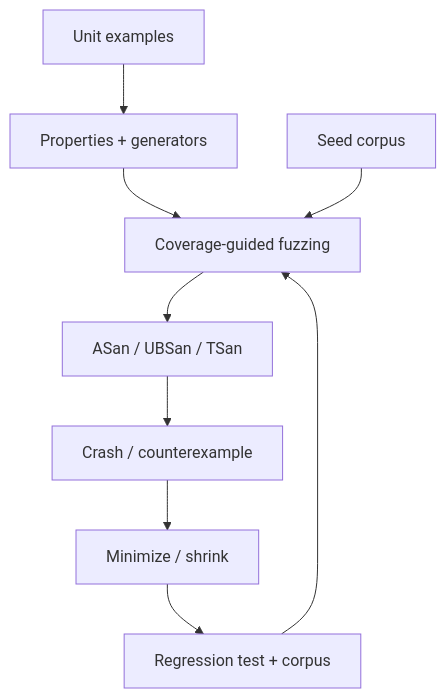
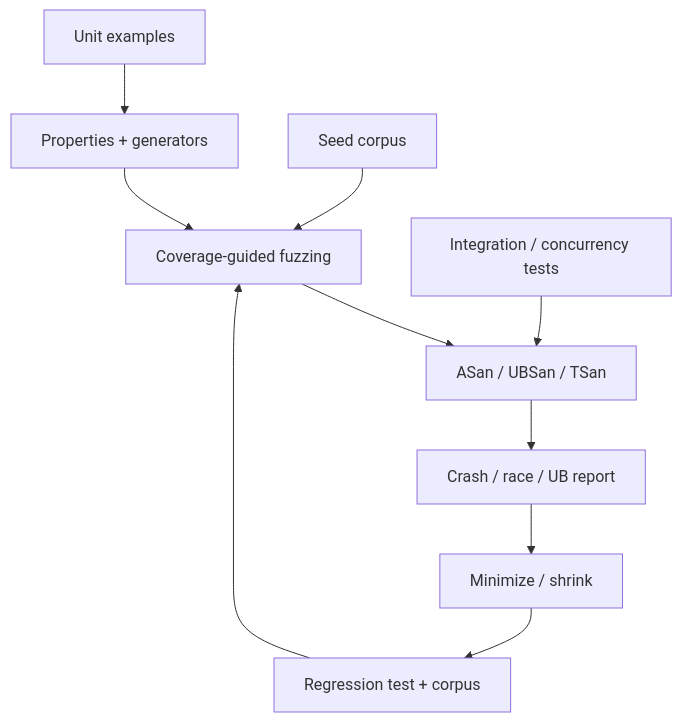
One commit to cebrailbagatarhan/software-engineering-interview-roadmap changed the diagram in docs/01-foundations/12-property-based-testing-fuzzing-sanitizers.md. Above: the diagram before and after it, drawn with Mermaid. The commit also changed other lines of this file, not shown here.

````diff
--- a/docs/01-foundations/12-property-based-testing-fuzzing-sanitizers.md
+++ b/docs/01-foundations/12-property-based-testing-fuzzing-sanitizers.md
@@ -7,11 +7,12 @@
 ```mermaid
 flowchart TD
   U[Unit examples] --> P[Properties + generators]
   P --> F[Coverage-guided fuzzing]
   C[Seed corpus] --> F
   F --> S[ASan / UBSan / TSan]
-  S --> X[Crash / counterexample]
+  T[Integration / concurrency tests] --> S
+  S --> X[Crash / race / UB report]
   X --> M[Minimize / shrink]
   M --> R[Regression test + corpus]
   R --> F
 ```
````
